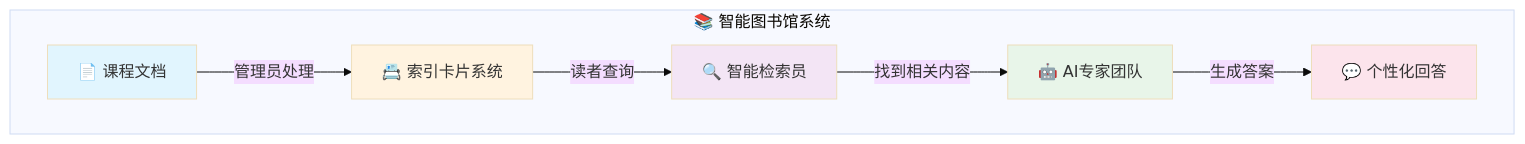
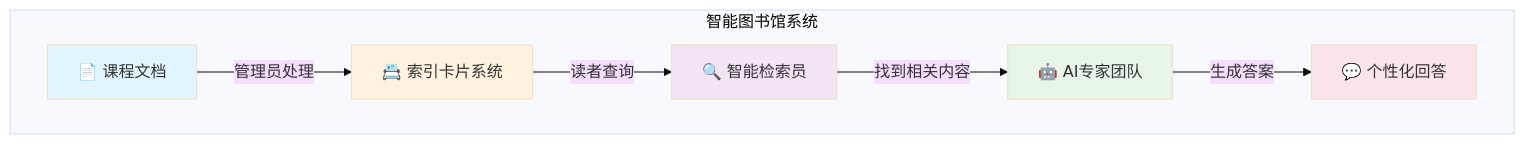
The first of 9 diagrams in RAG_SYSTEM_COMPLETE_GUIDE.md (ericsk666/starting-ragchatbot-codebase), drawn with Mermaid (base theme) before and after one commit. The commit also changed other lines of this file, not shown here.

First line of the commit message:
fix: 修复Mermaid图表在GitHub上的渲染问题

````diff
--- a/RAG_SYSTEM_COMPLETE_GUIDE.md
+++ b/RAG_SYSTEM_COMPLETE_GUIDE.md
@@ -20,15 +20,15 @@
 ```mermaid
 graph TB
-    subgraph "📚 智能图书馆系统"
-        A[📄 课程文档] -->|管理员处理| B[📇 索引卡片系统]
-        B -->|读者查询| C[🔍 智能检索员]
-        C -->|找到相关内容| D[🤖 AI专家团队]
-        D -->|生成答案| E[💬 个性化回答]
+    subgraph "智能图书馆系统"
+        A["📄 课程文档"] -->|管理员处理| B["📇 索引卡片系统"]
+        B -->|读者查询| C["🔍 智能检索员"]
+        C -->|找到相关内容| D["🤖 AI专家团队"]
+        D -->|生成答案| E["💬 个性化回答"]
     end
     
     style A fill:#e1f5fe
     style B fill:#fff3e0
     style C fill:#f3e5f5
     style D fill:#e8f5e9
     style E fill:#fce4ec
 ```
````
